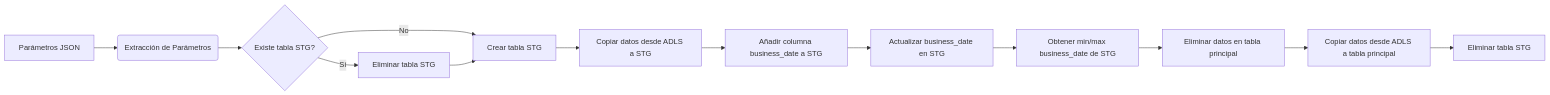
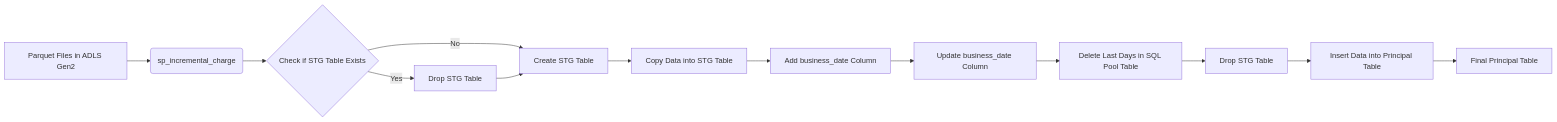
One commit to Stevenmch/docs changed the diagram in test-gemini-function.md. Above: the diagram before and after it, drawn with Mermaid. The commit also changed other lines of this file, not shown here.

````diff
--- a/test-gemini-function.md
+++ b/test-gemini-function.md
@@ -10,15 +10,15 @@
-```mermaid
-graph LR
-    A[Parámetros JSON] --> B(Extracción de Parámetros);
-    B --> C{Existe tabla STG?};
-    C -- Sí --> D[Eliminar tabla STG];
-    C -- No --> E[Crear tabla STG];
-    D --> E;
-    E --> F[Copiar datos desde ADLS a STG];
-    F --> G[Añadir columna business_date a STG];
-    G --> H[Actualizar business_date en STG];
-    H --> I[Obtener min/max business_date de STG];
-    I --> J[Eliminar datos en tabla principal];
-    J --> K[Copiar datos desde ADLS a tabla principal];
-    K --> L[Eliminar tabla STG];
-```
+   ```mermaid
+   graph LR
+       A[Parquet Files in ADLS Gen2] --> B(sp_incremental_charge);
+       B --> C{Check if STG Table Exists};
+       C -- Yes --> D[Drop STG Table];
+       C -- No --> E[Create STG Table];
+       D --> E;
+       E --> F[Copy Data into STG Table];
+       F --> G[Add business_date Column];
+       G --> H[Update business_date Column];
+       H --> I[Delete Last Days in SQL Pool Table];
+       I --> J[Drop STG Table];
+       J --> K[Insert Data into Principal Table];
+       K --> L[Final Principal Table];
+   ```
````
